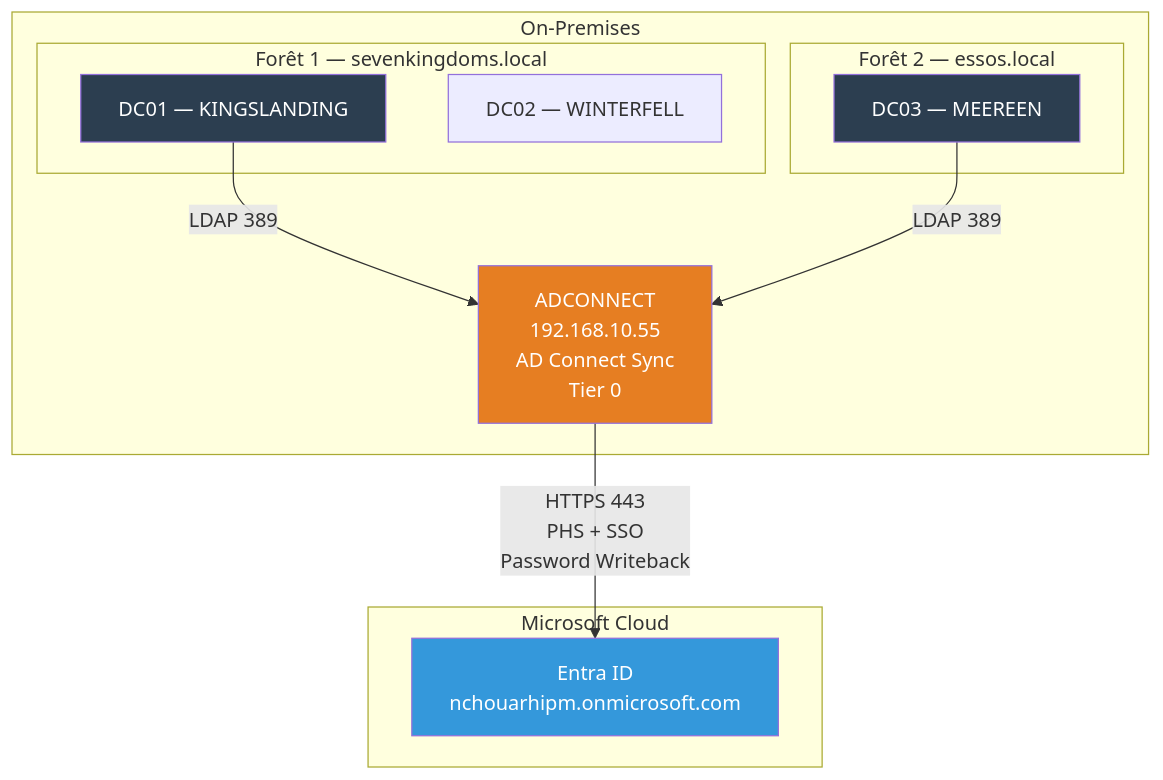
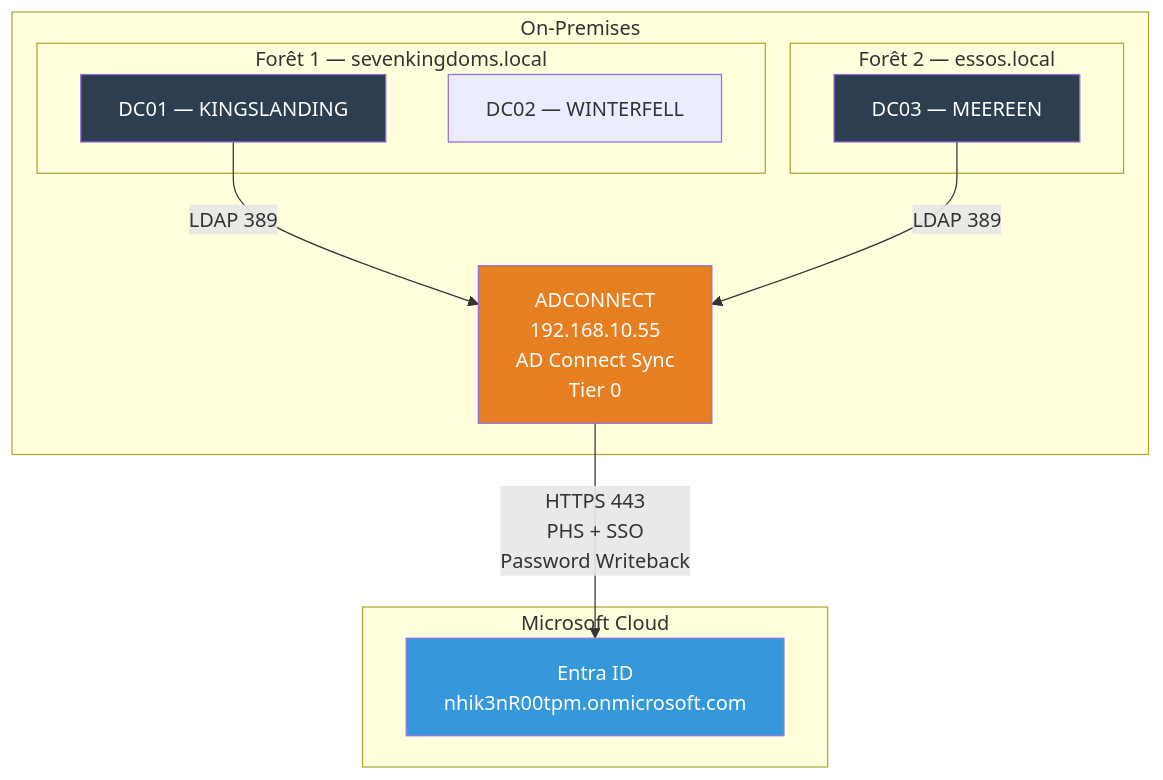
Before and after one commit to hikenroot/hikenroot-forge: the diagram in docs/labs/identity-lab/bloc2-entra-hybrid/SC-ID-012-adconnect-hybrid.md, drawn with Mermaid. The commit also changed other lines of this file and 42 other files, not shown here.

````diff
--- a/docs/labs/identity-lab/bloc2-entra-hybrid/SC-ID-012-adconnect-hybrid.md
+++ b/docs/labs/identity-lab/bloc2-entra-hybrid/SC-ID-012-adconnect-hybrid.md
@@ -31,26 +31,26 @@
 ```mermaid
 graph TB
     subgraph ONPREM["On-Premises"]
         subgraph F1["Forêt 1 — sevenkingdoms.local"]
             DC01["DC01 — KINGSLANDING"]
             DC02["DC02 — WINTERFELL"]
         end
         subgraph F2["Forêt 2 — essos.local"]
             DC03["DC03 — MEEREEN"]
         end
         ADSYNC["ADCONNECT<br/>192.168.10.55<br/>AD Connect Sync<br/>Tier 0"]
     end
 
     subgraph CLOUD["Microsoft Cloud"]
-        ENTRA["Entra ID<br/>nchouarhipm.onmicrosoft.com"]
+        ENTRA["Entra ID<br/>nhik3nR00tpm.onmicrosoft.com"]
     end
 
     DC01 -->|"LDAP 389"| ADSYNC
     DC03 -->|"LDAP 389"| ADSYNC
     ADSYNC -->|"HTTPS 443<br/>PHS + SSO<br/>Password Writeback"| ENTRA
 
     style ADSYNC fill:#e67e22,color:#fff
     style ENTRA fill:#3498db,color:#fff
     style DC01 fill:#2c3e50,color:#fff
     style DC03 fill:#2c3e50,color:#fff
 ```
````
